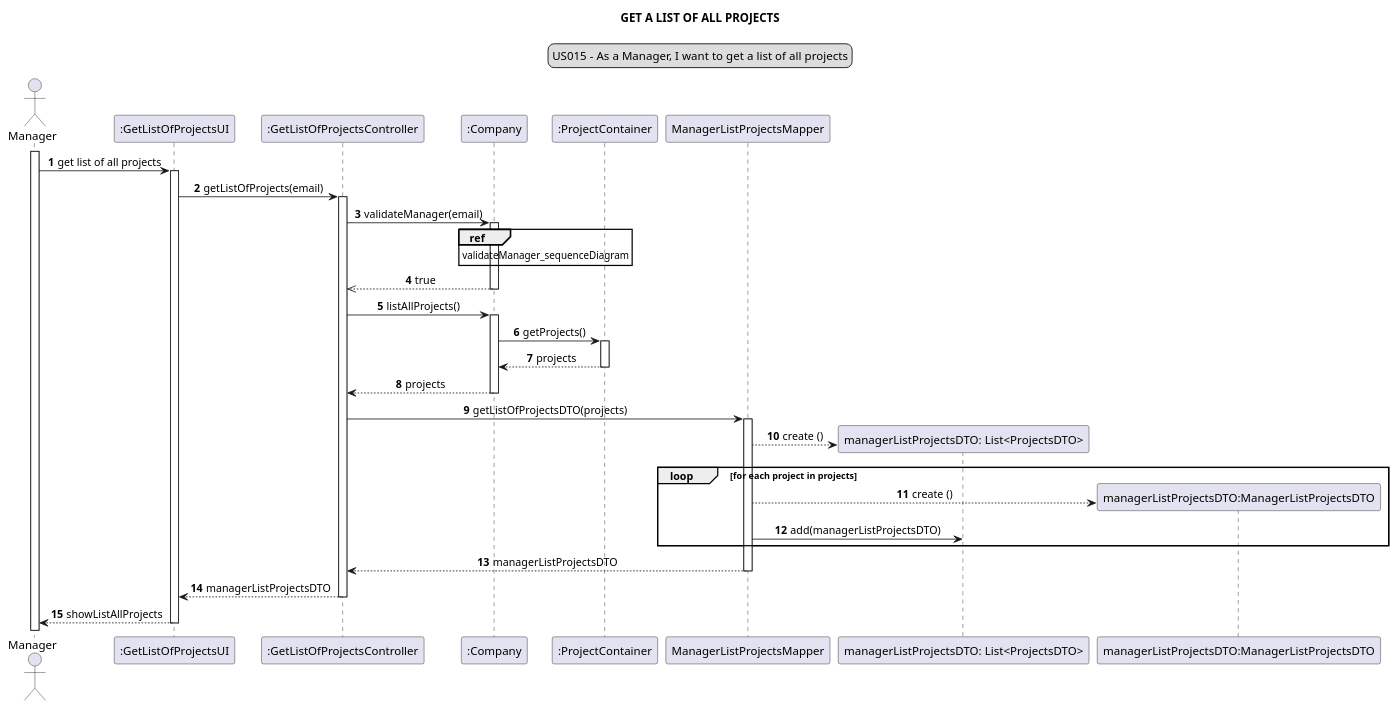
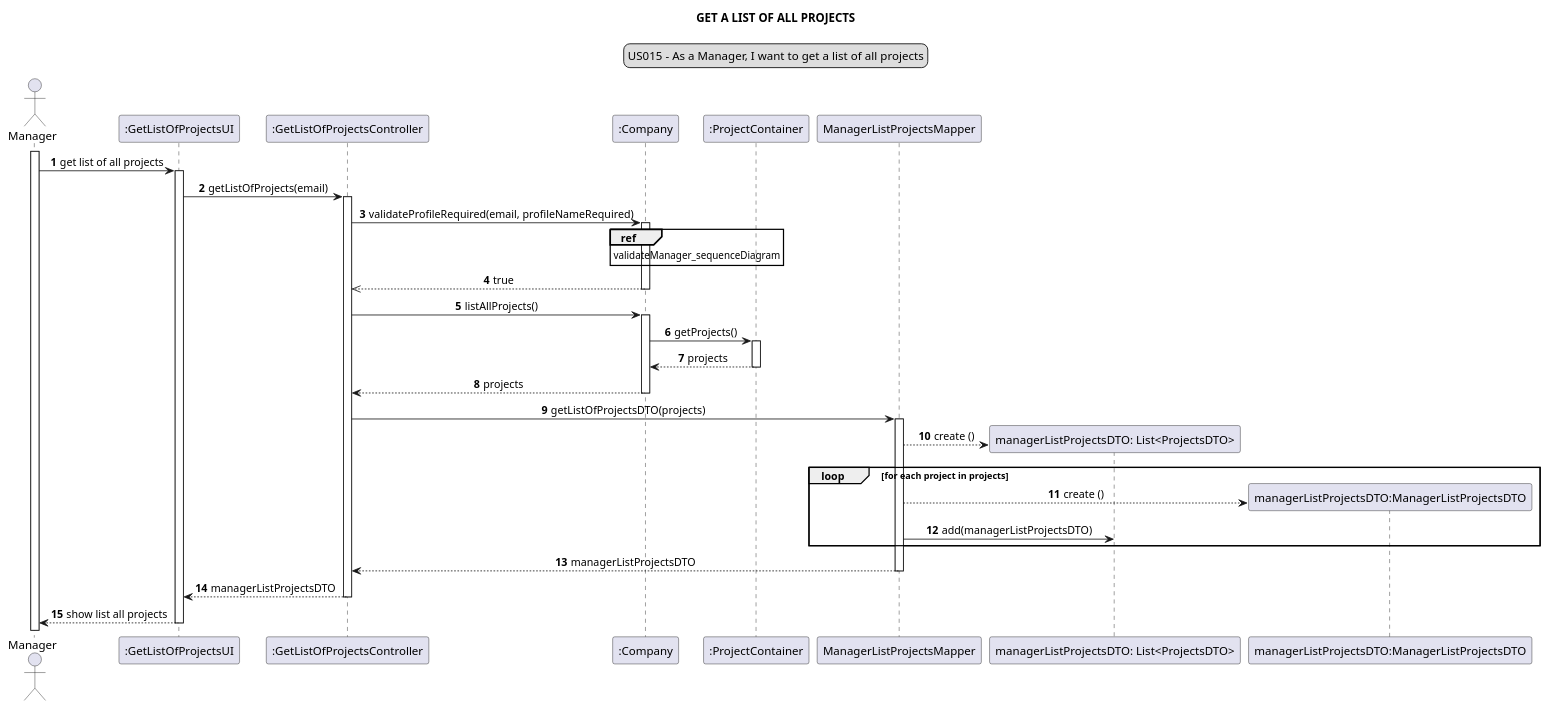
One commit to Loracline/project_switch_22-23 changed the diagram in docs/modelling_design/user_stories/sprint02/us015/US015_sequenceDiagram.puml. Above: the diagram before and after it, drawn with PlantUML. The commit also changed 1 other file, not shown here.

Commit message:
US014, US015: Design : refinement of Sequence Diagram

```diff
--- a/docs/modelling_design/user_stories/sprint02/us015/US015_sequenceDiagram.puml
+++ b/docs/modelling_design/user_stories/sprint02/us015/US015_sequenceDiagram.puml
@@ -1,53 +1,50 @@
 @startuml
 skinparam sequenceMessageAlign center
 title GET A LIST OF ALL PROJECTS
 legend top
 US015 - As a Manager, I want to get a list of all projects
 end legend
 autonumber
 actor Manager
 participant ":GetListOfProjectsUI" as ui
 participant ":GetListOfProjectsController" as controller
 participant ":Company" as company
 participant ":ProjectContainer" as pc
 participant "ManagerListProjectsMapper" as mapper
 participant "managerListProjectsDTO: List<ProjectsDTO>" as list
 participant "managerListProjectsDTO:ManagerListProjectsDTO" as DTO
 
 activate Manager
 Manager -> ui: get list of all projects
 activate ui
 ui -> controller: getListOfProjects(email)
 activate controller
-controller -> company: validateManager(email)
+controller -> company: validateProfileRequired(email, profileNameRequired)
 activate company
 ref over company: validateManager_sequenceDiagram
 company -->> controller: true
-deactivate company
-
-
 deactivate company
 controller -> company: listAllProjects()
 activate company
 company -> pc: getProjects()
 activate pc
 pc --> company: projects
 deactivate pc
 company --> controller: projects
 deactivate company
 controller -> mapper: getListOfProjectsDTO(projects)
 activate mapper
 create list
 mapper --> list: create ()
 loop for each project in projects
 create DTO
 mapper --> DTO: create ()
 mapper -> list: add(managerListProjectsDTO)
 end loop
 controller <-- mapper: managerListProjectsDTO
 deactivate mapper
 ui <-- controller: managerListProjectsDTO
 deactivate controller
-ui --> Manager: showListAllProjects
+ui --> Manager: show list all projects
 deactivate ui
 @enduml
```
